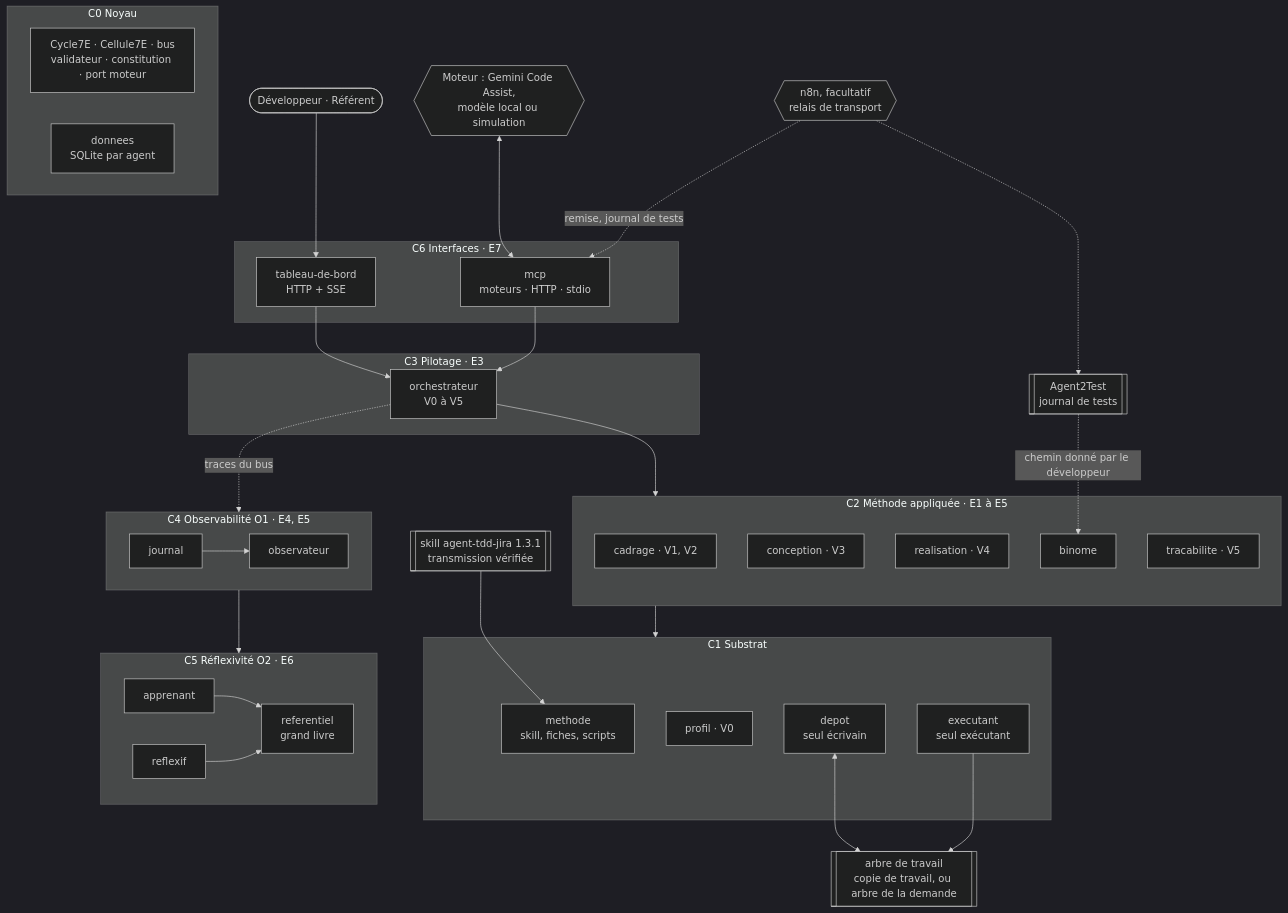
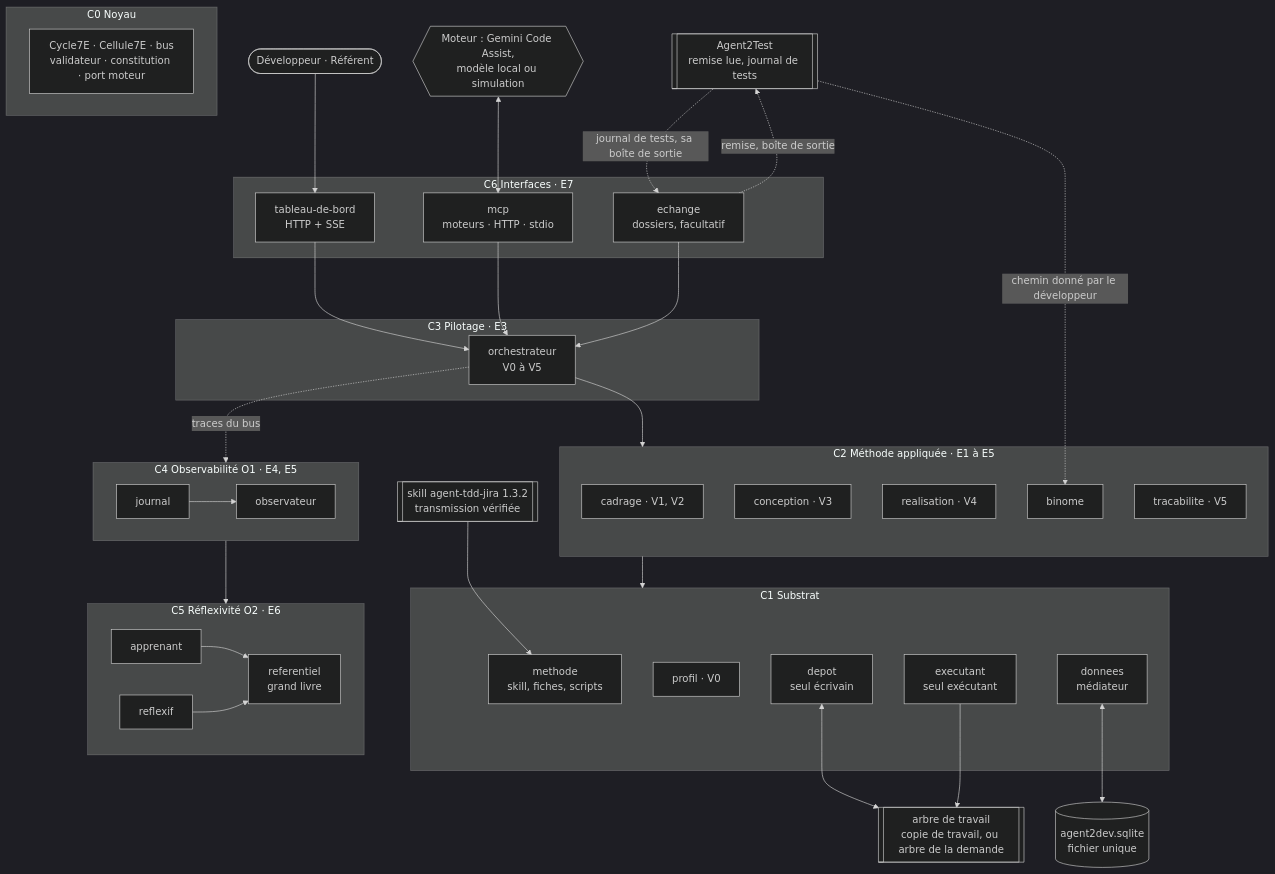
The diagram in specs/agent2dev/SKILL.md (FredGarcia/Agent2Prompt), drawn with Mermaid (dark theme) before and after one commit. The commit also changed other lines of this file and 48 other files, not shown here.

````diff
--- a/specs/agent2dev/SKILL.md
+++ b/specs/agent2dev/SKILL.md
@@ -69,54 +69,57 @@
 ```mermaid
 flowchart TB
   DEV(["Développeur · Référent"])
   GEM{{"Moteur : Gemini Code Assist,<br/>modèle local ou simulation"}}
-  SK[["skill agent-tdd-jira 1.3.1<br/>transmission vérifiée"]]
-  A2T[["Agent2Test<br/>journal de tests"]]
-  REL{{"n8n, facultatif<br/>relais de transport"}}
+  SK[["skill agent-tdd-jira 1.3.2<br/>transmission vérifiée"]]
+  A2T[["Agent2Test<br/>remise lue, journal de tests"]]
   subgraph C6["C6 Interfaces · E7"]
     TDB["tableau-de-bord<br/>HTTP + SSE"]
     MCP["mcp<br/>moteurs · HTTP · stdio"]
+    ECH["echange<br/>dossiers, facultatif"]
   end
   subgraph C3["C3 Pilotage · E3"]
     ORC["orchestrateur<br/>V0 à V5"]
   end
   subgraph C2["C2 Méthode appliquée · E1 à E5"]
     CAD["cadrage · V1, V2"]
     CON["conception · V3"]
     REA["realisation · V4"]
     BIN["binome"]
     TRA["tracabilite · V5"]
   end
   subgraph C1["C1 Substrat"]
     MET["methode<br/>skill, fiches, scripts"]
     PRO["profil · V0"]
     DEP["depot<br/>seul écrivain"]
     EXE["executant<br/>seul exécutant"]
+    DON["donnees<br/>médiateur"]
   end
   subgraph C0["C0 Noyau"]
     K["Cycle7E · Cellule7E · bus<br/>validateur · constitution · port moteur"]
-    DON["donnees<br/>SQLite par agent"]
   end
   subgraph C4["C4 Observabilité O1 · E4, E5"]
     JRN["journal"] --> OBS["observateur"]
   end
   subgraph C5["C5 Réflexivité O2 · E6"]
     APP["apprenant"] --> REF["referentiel<br/>grand livre"]
     RFX["reflexif"] --> REF
   end
   PROJ[["arbre de travail<br/>copie de travail, ou arbre de la demande"]]
+  BDD[("agent2dev.sqlite<br/>fichier unique")]
   DEV --> TDB
   GEM <--> MCP
   TDB --> ORC
   MCP --> ORC
+  ECH --> ORC
   ORC --> C2
   C2 --> C1
   SK --> MET
   A2T -.->|"chemin donné par le développeur"| BIN
-  REL -.->|"remise, journal de tests"| MCP
-  REL -.-> A2T
+  ECH -.->|"remise, boîte de sortie"| A2T
+  A2T -.->|"journal de tests, sa boîte de sortie"| ECH
   DEP <--> PROJ
   EXE --> PROJ
+  DON <--> BDD
   ORC -.->|"traces du bus"| C4
   C4 --> C5
 ```
````
